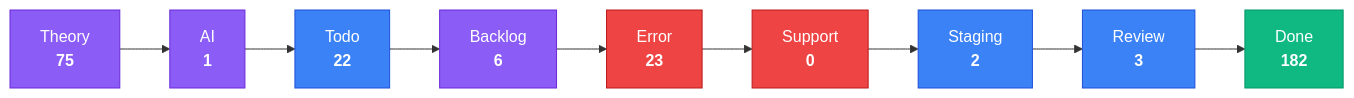
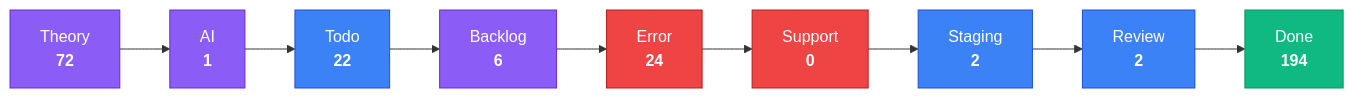
One commit to KBVE/kbve changed the third of 4 diagrams in apps/kbve/astro-kbve/src/content/docs/dashboard/kanban-data.mdx. Above: the diagram before and after it, drawn with Mermaid. The commit also changed other lines of this file and 8 other files, not shown here.

````diff
--- a/apps/kbve/astro-kbve/src/content/docs/dashboard/kanban-data.mdx
+++ b/apps/kbve/astro-kbve/src/content/docs/dashboard/kanban-data.mdx
@@ -80,28 +80,28 @@
 ```mermaid
 flowchart LR
     classDef planning fill:#8b5cf6,stroke:#6d28d9,color:#fff
     classDef active fill:#3b82f6,stroke:#1d4ed8,color:#fff
     classDef blocked fill:#ef4444,stroke:#b91c1c,color:#fff
     classDef done fill:#10b981,stroke:#059669,color:#fff
-    Theory["Theory<br/><strong>75</strong>"]
+    Theory["Theory<br/><strong>72</strong>"]
     Theory --> AI
     AI["AI<br/><strong>1</strong>"]
     AI --> Todo
     Todo["Todo<br/><strong>22</strong>"]
     Todo --> Backlog
     Backlog["Backlog<br/><strong>6</strong>"]
     Backlog --> Error
-    Error["Error<br/><strong>23</strong>"]
+    Error["Error<br/><strong>24</strong>"]
     Error --> Support
     Support["Support<br/><strong>0</strong>"]
     Support --> Staging
     Staging["Staging<br/><strong>2</strong>"]
     Staging --> Review
-    Review["Review<br/><strong>3</strong>"]
+    Review["Review<br/><strong>2</strong>"]
     Review --> Done
-    Done["Done<br/><strong>182</strong>"]
+    Done["Done<br/><strong>194</strong>"]
     class Theory,AI,Backlog planning
     class Todo,Staging,Review active
     class Error,Support blocked
     class Done done
 ```
````
